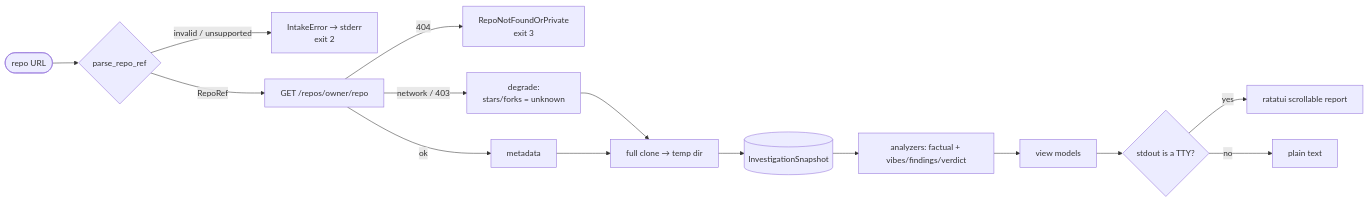
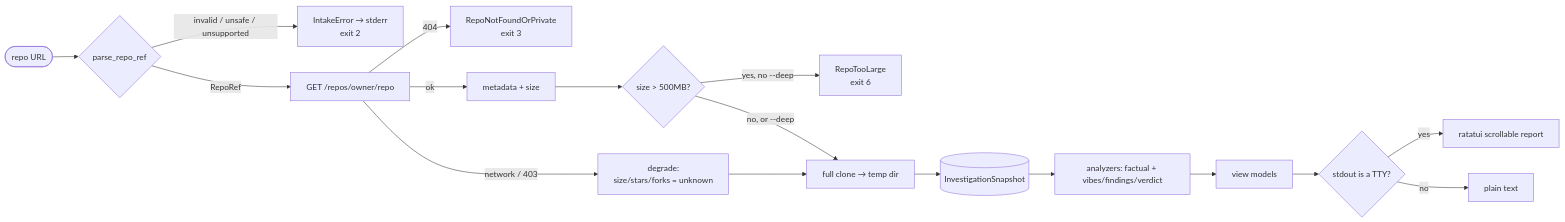
Before and after one commit to panadolextra91/rust-to-you: the second of 3 diagrams in ARCHITECTURE.md, drawn with Mermaid. The commit also changed other lines of this file and 2 other files, not shown here.

First line of the commit message:
docs: update README ×2 + ARCHITECTURE for v1.2.0

````diff
--- a/ARCHITECTURE.md
+++ b/ARCHITECTURE.md
@@ -77,17 +82,19 @@
 ```mermaid
 flowchart LR
     U([repo URL]) --> P{parse_repo_ref}
-    P -->|invalid / unsupported| ERR[IntakeError → stderr<br/>exit 2]
+    P -->|invalid / unsafe / unsupported| ERR[IntakeError → stderr<br/>exit 2]
     P -->|RepoRef| API[GET /repos/owner/repo]
     API -->|404| NF[RepoNotFoundOrPrivate<br/>exit 3]
-    API -->|network / 403| DEG[degrade:<br/>stars/forks = unknown]
-    API -->|ok| META[metadata]
+    API -->|network / 403| DEG[degrade:<br/>size/stars/forks = unknown]
+    API -->|ok| META[metadata + size]
+    META --> GUARD{size > 500MB?}
+    GUARD -->|yes, no --deep| BIG[RepoTooLarge<br/>exit 6]
+    GUARD -->|no, or --deep| CLONE
     DEG --> CLONE
-    META --> CLONE[full clone → temp dir]
-    CLONE --> SNAP[(InvestigationSnapshot)]
+    CLONE[full clone → temp dir] --> SNAP[(InvestigationSnapshot)]
     SNAP --> AN[analyzers: factual + vibes/findings/verdict]
     AN --> VM[view models]
     VM --> T{stdout is a TTY?}
     T -->|yes| TUI[ratatui scrollable report]
     T -->|no| PLAIN[plain text]
 ```
````
